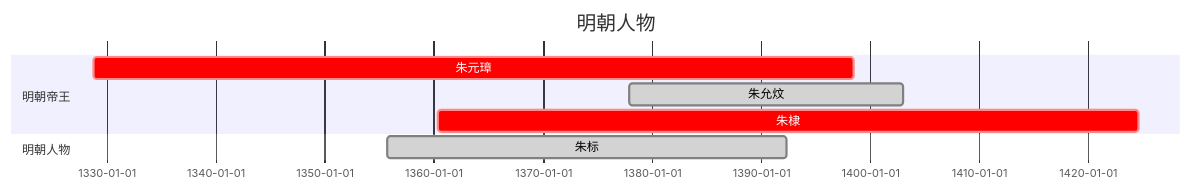
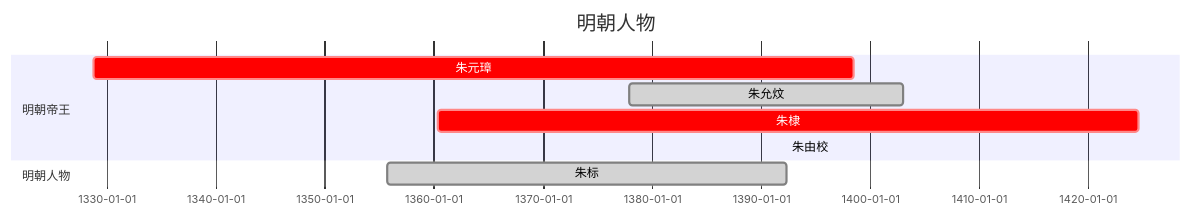
Before and after one commit to pemglee/HistoryNotes: the second of 2 diagrams in NoteList.md, drawn with Mermaid. The commit also changed other lines of this file, not shown here.

````diff
--- a/NoteList.md
+++ b/NoteList.md
@@ -28,16 +30,17 @@
 ```mermaid
 gantt
 dateFormat YYYY-MM-DD
 title 明朝人物
 
 section 明朝帝王
 朱元璋: crit, , 1328-10-21, 1398-06-24
 朱允炆: done, , 1377-12-05, 1402-12-31
 朱棣: crit, , 1360-05-02, 1424-08-12
+朱由校: crit, 
 
 section 明朝人物
 朱标: done, , 1355-10-10, 1392-05-17
 
 section 外藩
 
 ```
````
